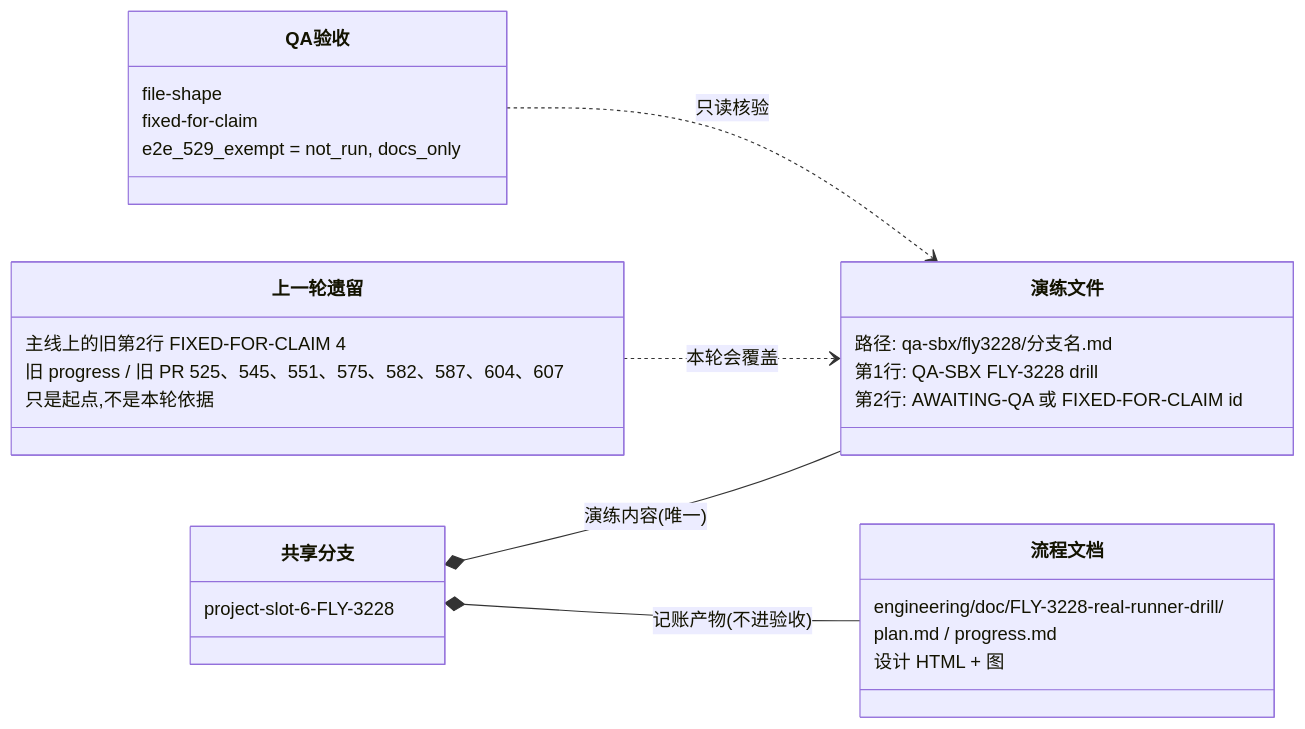
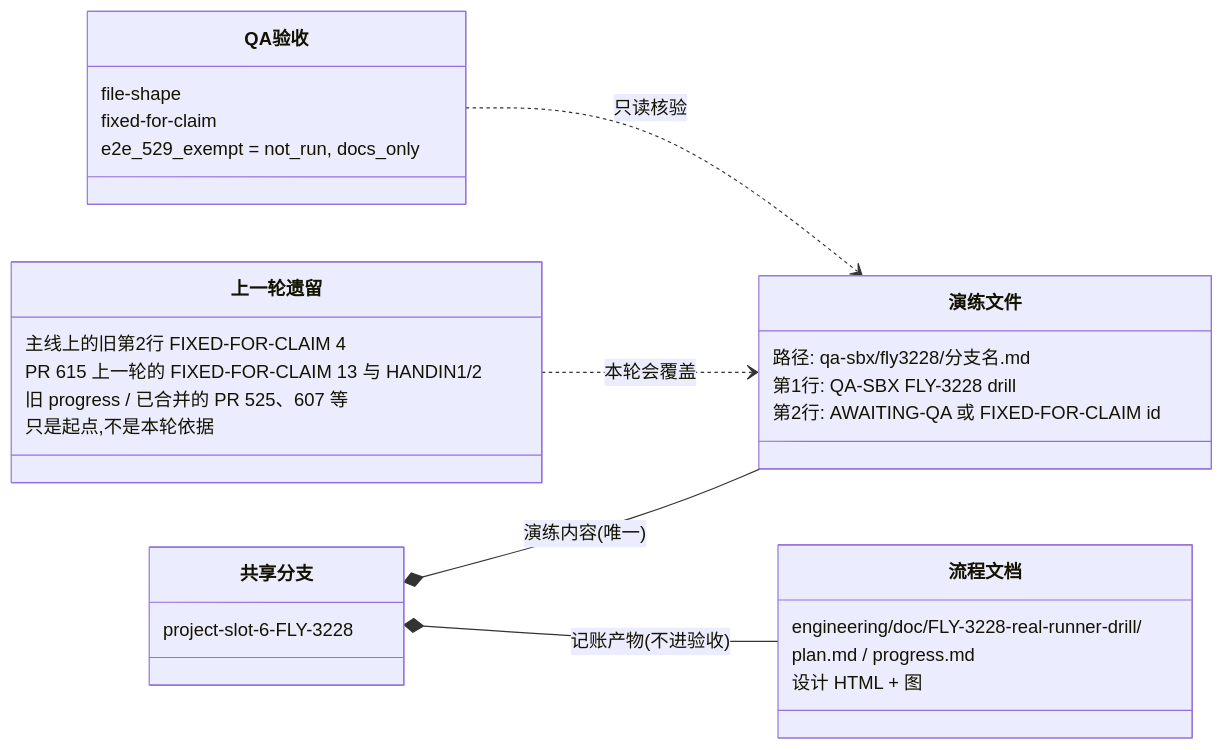
Before and after one commit to xrliAnnie/flywheel-qa-sandbox: the diagram in engineering/doc/FLY-3228-real-runner-drill/d2-data-model.mmd, drawn with Mermaid. The commit also changed 4 other files, not shown here.

```diff
--- a/engineering/doc/FLY-3228-real-runner-drill/d2-data-model.mmd
+++ b/engineering/doc/FLY-3228-real-runner-drill/d2-data-model.mmd
@@ -1,29 +1,30 @@
 classDiagram
     direction LR
     class 共享分支 {
         project-slot-6-FLY-3228
     }
     class 演练文件 {
         路径: qa-sbx/fly3228/分支名.md
         第1行: QA-SBX FLY-3228 drill
         第2行: AWAITING-QA 或 FIXED-FOR-CLAIM id
     }
     class 上一轮遗留 {
         主线上的旧第2行 FIXED-FOR-CLAIM 4
-        旧 progress / 旧 PR 525、545、551、575、582、587、604、607
+        PR 615 上一轮的 FIXED-FOR-CLAIM 13 与 HANDIN1/2
+        旧 progress / 已合并的 PR 525、607 等
         只是起点,不是本轮依据
     }
     class 流程文档 {
         engineering/doc/FLY-3228-real-runner-drill/
         plan.md / progress.md
         设计 HTML + 图
     }
     class QA验收 {
         file-shape
         fixed-for-claim
         e2e_529_exempt = not_run, docs_only
     }
     共享分支 *-- 演练文件 : 演练内容(唯一)
     共享分支 *-- 流程文档 : 记账产物(不进验收)
     上一轮遗留 ..> 演练文件 : 本轮会覆盖
     QA验收 ..> 演练文件 : 只读核验
```
